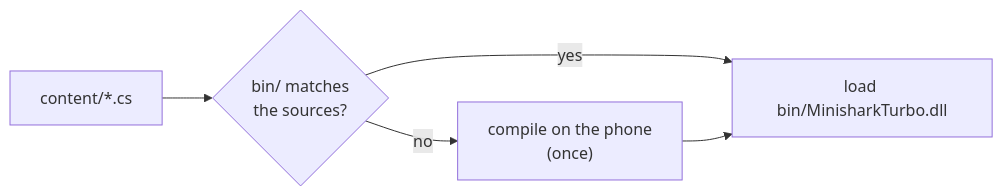
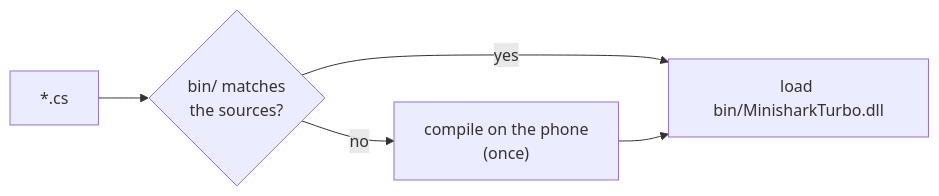
Before and after one commit to JonataOliveiraa/Bunny-Loader: the first of 2 diagrams in docs/mods-em-csharp/01-primeiro-mod.md, drawn with Mermaid. The commit also changed other lines of this file and 679 other files, not shown here.

````diff
--- a/docs/mods-em-csharp/01-primeiro-mod.md
+++ b/docs/mods-em-csharp/01-primeiro-mod.md
@@ -232,6 +222,6 @@
 ```mermaid
 flowchart LR
-    S["content/*.cs"] --> P{"bin/ matches<br/>the sources?"}
+    S["*.cs"] --> P{"bin/ matches<br/>the sources?"}
     P -- yes --> L["load bin/MinisharkTurbo.dll"]
     P -- no --> C["compile on the phone<br/>(once)"] --> L
 ```
````
